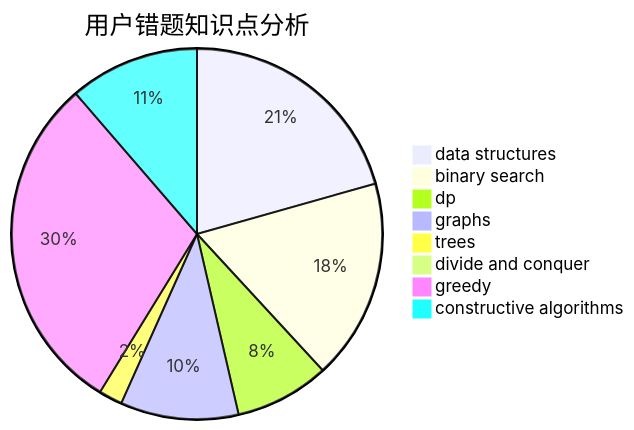
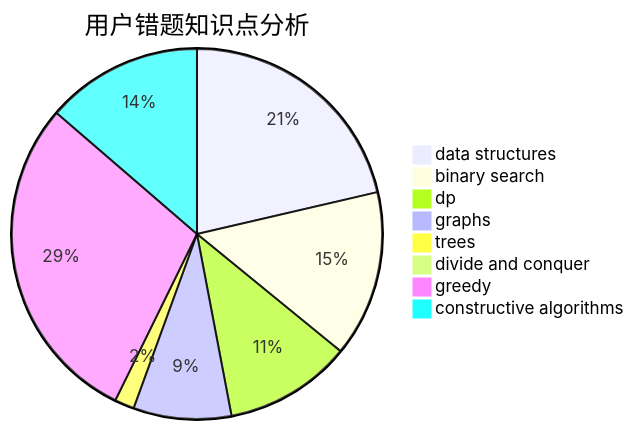
Before and after one commit to sherpahu/cfrs.github.io: the third of 3 diagrams in docs/user/u1353.md, drawn with Mermaid. The commit also changed other lines of this file and 2770 other files, not shown here.

````diff
--- a/docs/user/u1353.md
+++ b/docs/user/u1353.md
@@ -36,11 +36,11 @@
 ```mermaid
 pie title 用户错题知识点分析
-    "data structures" :  20
+    "data structures" :  25
     "binary search" :  17
-    "dp" :  8
+    "dp" :  13
     "graphs" :  10
     "trees" :  2
     "divide and conquer" :  0
-    "greedy" :  29
-    "constructive algorithms" :  11
+    "greedy" :  34
+    "constructive algorithms" :  16
 ```
````
